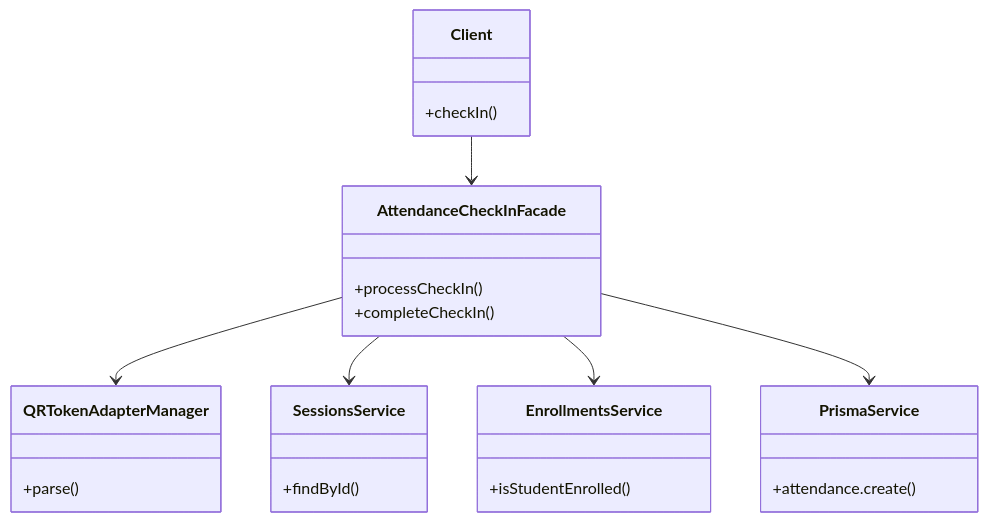
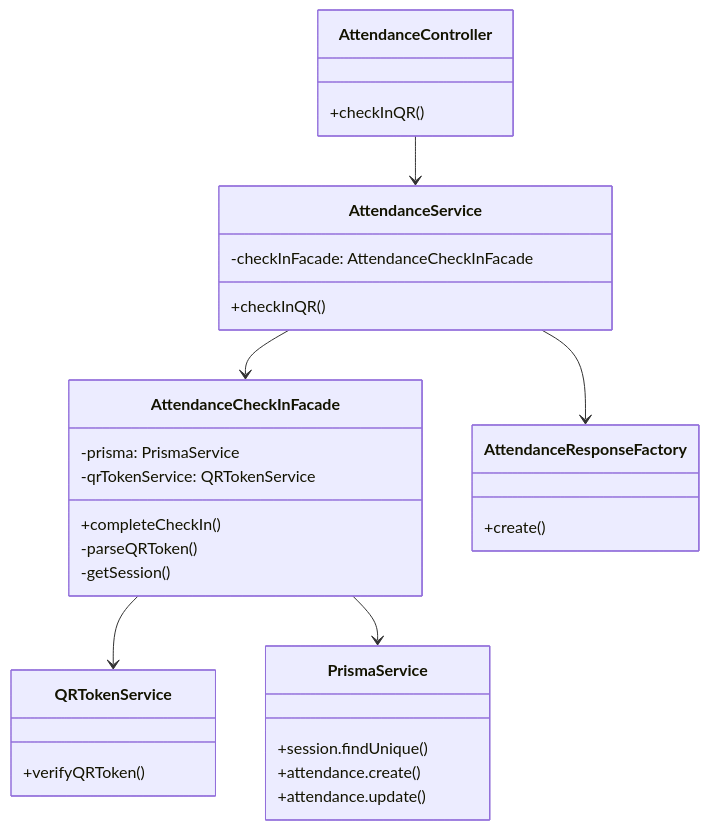
Before and after one commit to iannwendy/QRAttendanceCheckin: the diagram in docs/DesignPatterns/01-FACADE.md, drawn with Mermaid. The commit also changed other lines of this file and 2 other files, not shown here.

````diff
--- a/docs/DesignPatterns/01-FACADE.md
+++ b/docs/DesignPatterns/01-FACADE.md
@@ -243,33 +332,39 @@
 ```mermaid
 classDiagram
-    class Client {
-        +checkIn()
+    class AttendanceController {
+        +checkInQR()
     }
-    
+
+    class AttendanceService {
+        -checkInFacade: AttendanceCheckInFacade
+        +checkInQR()
+    }
+
     class AttendanceCheckInFacade {
-        +processCheckIn()
+        -prisma: PrismaService
+        -qrTokenService: QRTokenService
         +completeCheckIn()
+        -parseQRToken()
+        -getSession()
     }
-    
-    class QRTokenAdapterManager {
-        +parse()
+
+    class QRTokenService {
+        +verifyQRToken()
     }
-    
-    class SessionsService {
-        +findById()
+
+    class PrismaService {
+        +session.findUnique()
+        +attendance.create()
+        +attendance.update()
     }
-    
-    class EnrollmentsService {
-        +isStudentEnrolled()
+
+    class AttendanceResponseFactory {
+        +create()
     }
-    
-    class PrismaService {
-        +attendance.create()
-    }
-    
-    Client --> AttendanceCheckInFacade
-    AttendanceCheckInFacade --> QRTokenAdapterManager
-    AttendanceCheckInFacade --> SessionsService
-    AttendanceCheckInFacade --> EnrollmentsService
+
+    AttendanceController --> AttendanceService
+    AttendanceService --> AttendanceCheckInFacade
+    AttendanceCheckInFacade --> QRTokenService
     AttendanceCheckInFacade --> PrismaService
+    AttendanceService --> AttendanceResponseFactory
 ```
````
